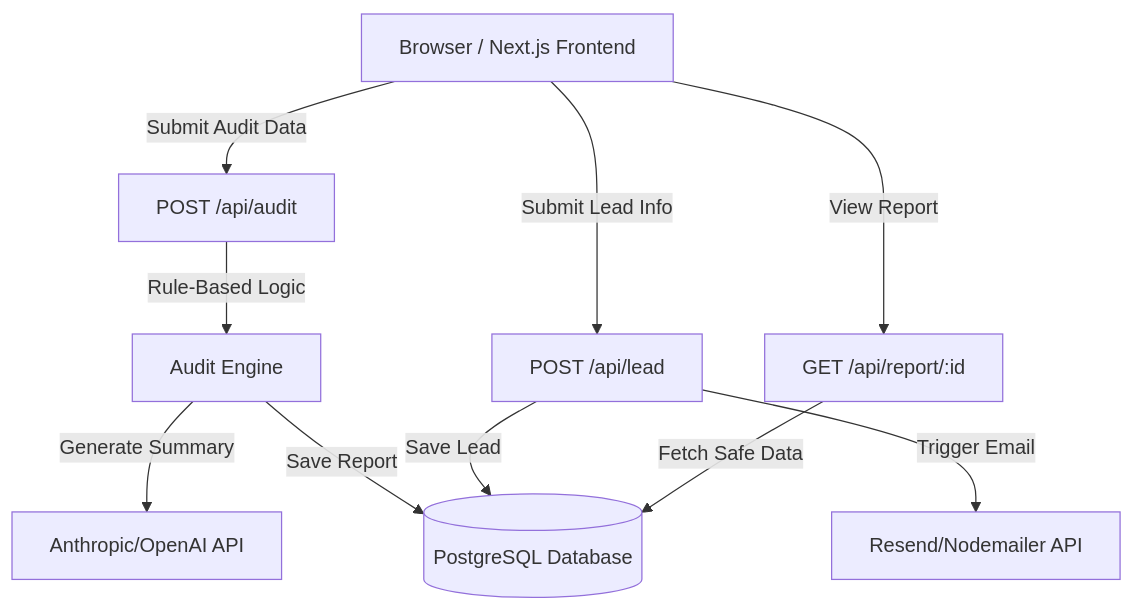
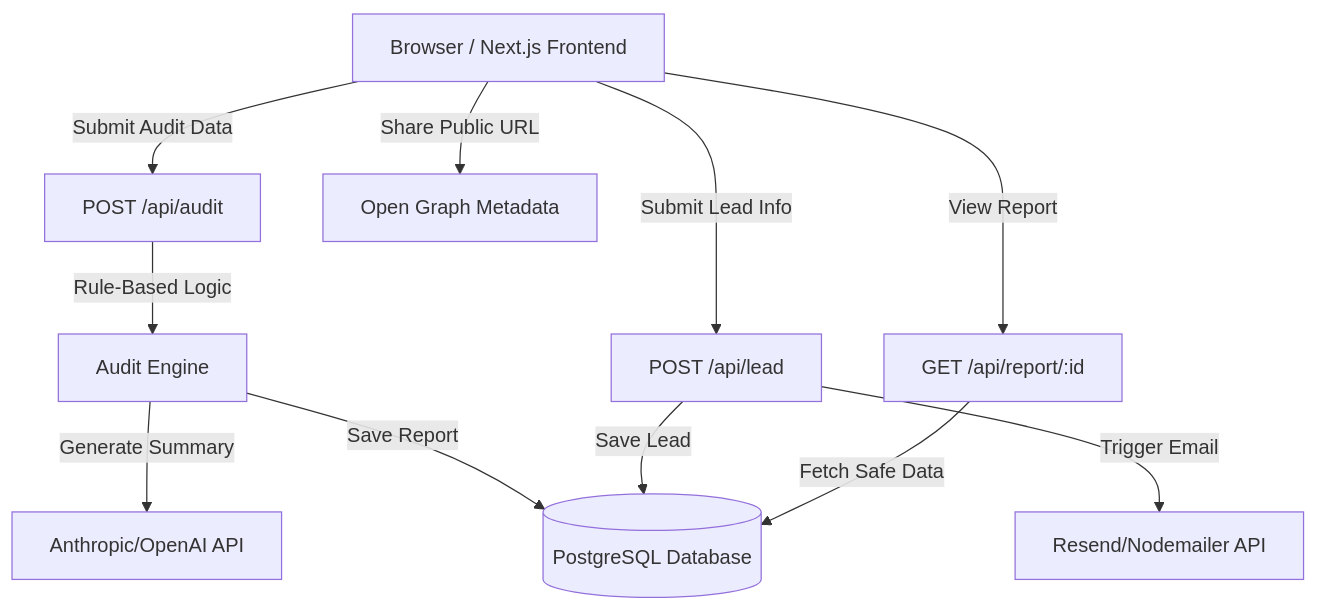
Before and after one commit to ankit18193/AudMint: the diagram in ARCHITECTURE.md, drawn with Mermaid. The commit also changed other lines of this file and 12 other files, not shown here.

````diff
--- a/ARCHITECTURE.md
+++ b/ARCHITECTURE.md
@@ -5,15 +5,17 @@
 ```mermaid
 graph TD
     Client[Browser / Next.js Frontend] -->|Submit Audit Data| AuditAPI[POST /api/audit]
     Client -->|Submit Lead Info| LeadAPI[POST /api/lead]
     Client -->|View Report| ReportAPI[GET /api/report/:id]
-    
+
     AuditAPI -->|Rule-Based Logic| Engine[Audit Engine]
     Engine -->|Generate Summary| LLM[Anthropic/OpenAI API]
     Engine -->|Save Report| DB[(PostgreSQL Database)]
-    
+
     LeadAPI -->|Save Lead| DB
     LeadAPI -->|Trigger Email| Email[Resend/Nodemailer API]
-    
+
     ReportAPI -->|Fetch Safe Data| DB
+
+    Client -->|Share Public URL| OG[Open Graph Metadata]
 ```
````
